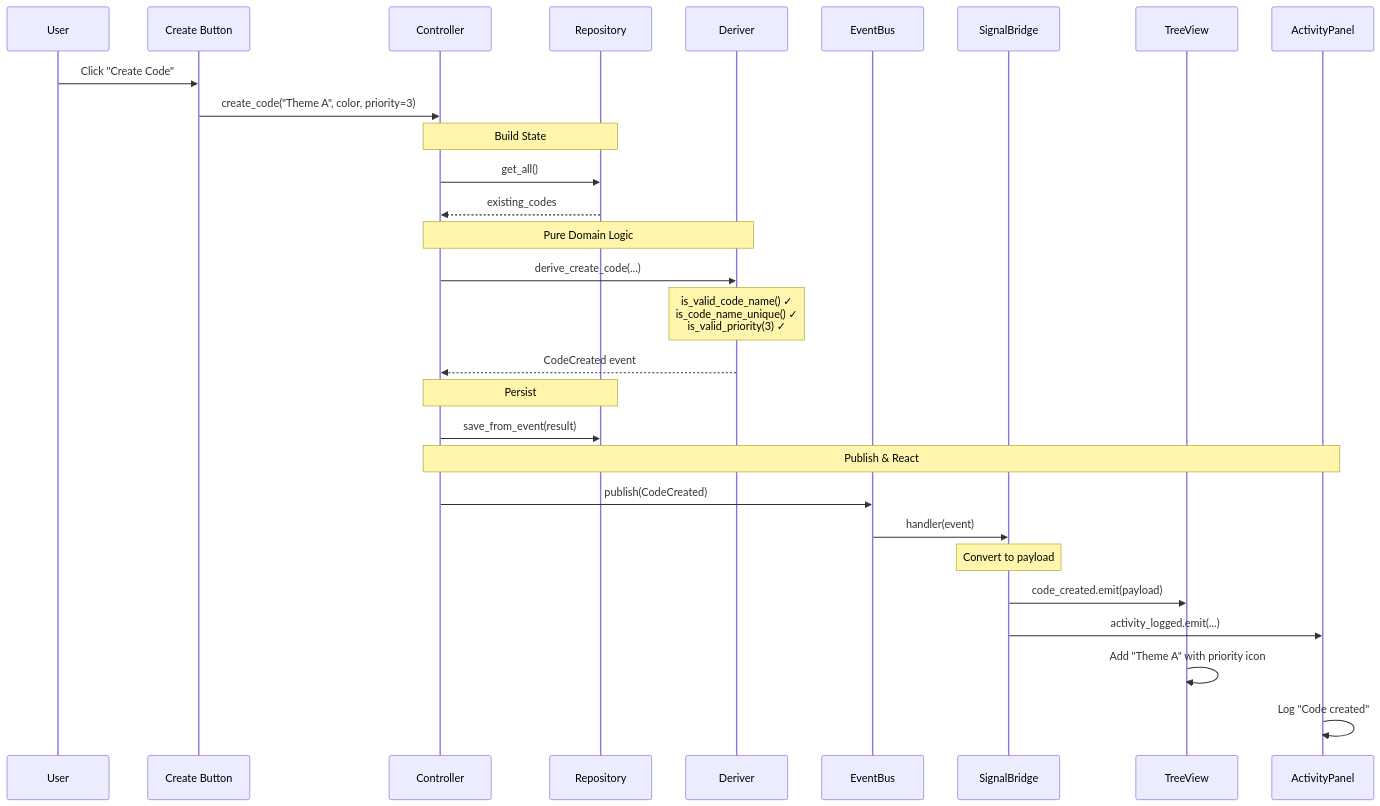
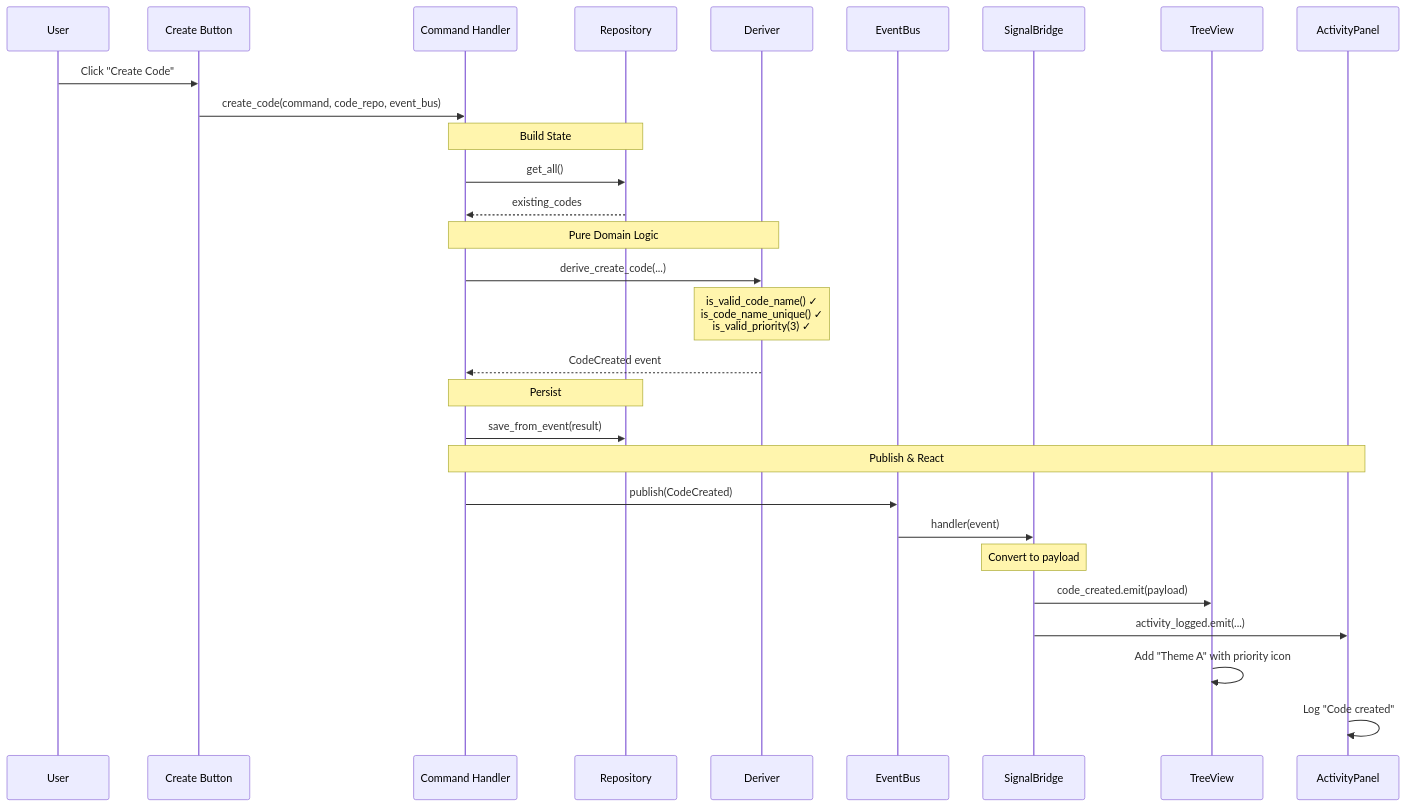
The second of 2 diagrams in docs/tutorials/04-event-flow.md (scope-impact/QualCoder-v2), drawn with Mermaid before and after one commit. The commit also changed other lines of this file and 8 other files, not shown here.

First line of the commit message:
docs(tutorials): align onboarding with actual project architecture

````diff
--- a/docs/tutorials/04-event-flow.md
+++ b/docs/tutorials/04-event-flow.md
@@ -213,37 +209,37 @@
 ```mermaid
 sequenceDiagram
     participant User
     participant Button as Create Button
-    participant Ctrl as Controller
+    participant CH as Command Handler
     participant Repo as Repository
     participant Der as Deriver
     participant EB as EventBus
     participant SB as SignalBridge
     participant Tree as TreeView
     participant Activity as ActivityPanel
 
     User->>Button: Click "Create Code"
-    Button->>Ctrl: create_code("Theme A", color, priority=3)
+    Button->>CH: create_code(command, code_repo, event_bus)
 
-    Note over Ctrl,Repo: Build State
-    Ctrl->>Repo: get_all()
-    Repo-->>Ctrl: existing_codes
+    Note over CH,Repo: Build State
+    CH->>Repo: get_all()
+    Repo-->>CH: existing_codes
 
-    Note over Ctrl,Der: Pure Domain Logic
-    Ctrl->>Der: derive_create_code(...)
+    Note over CH,Der: Pure Domain Logic
+    CH->>Der: derive_create_code(...)
     Note over Der: is_valid_code_name() ✓<br/>is_code_name_unique() ✓<br/>is_valid_priority(3) ✓
-    Der-->>Ctrl: CodeCreated event
+    Der-->>CH: CodeCreated event
 
-    Note over Ctrl,Repo: Persist
-    Ctrl->>Repo: save_from_event(result)
+    Note over CH,Repo: Persist
+    CH->>Repo: save_from_event(result)
 
-    Note over Ctrl,Activity: Publish & React
-    Ctrl->>EB: publish(CodeCreated)
+    Note over CH,Activity: Publish & React
+    CH->>EB: publish(CodeCreated)
     EB->>SB: handler(event)
     Note over SB: Convert to payload
     SB->>Tree: code_created.emit(payload)
     SB->>Activity: activity_logged.emit(...)
 
     Tree->>Tree: Add "Theme A" with priority icon
     Activity->>Activity: Log "Code created"
 ```
````
